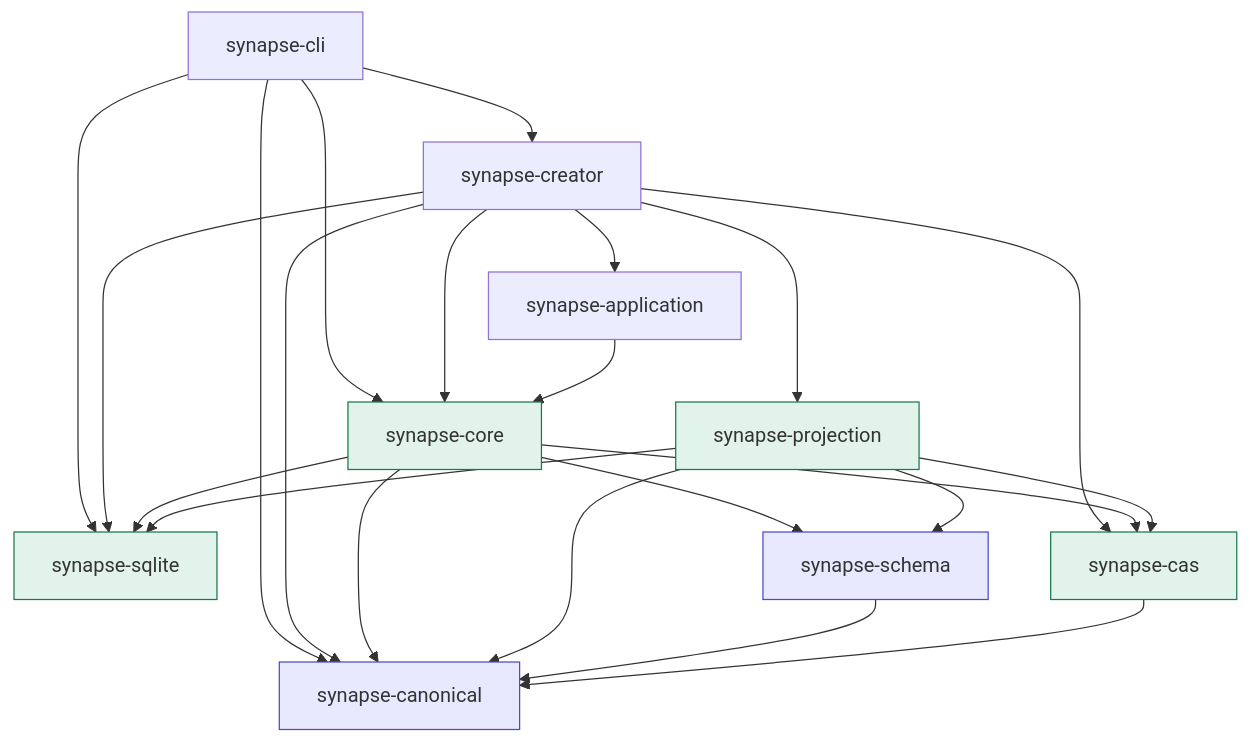
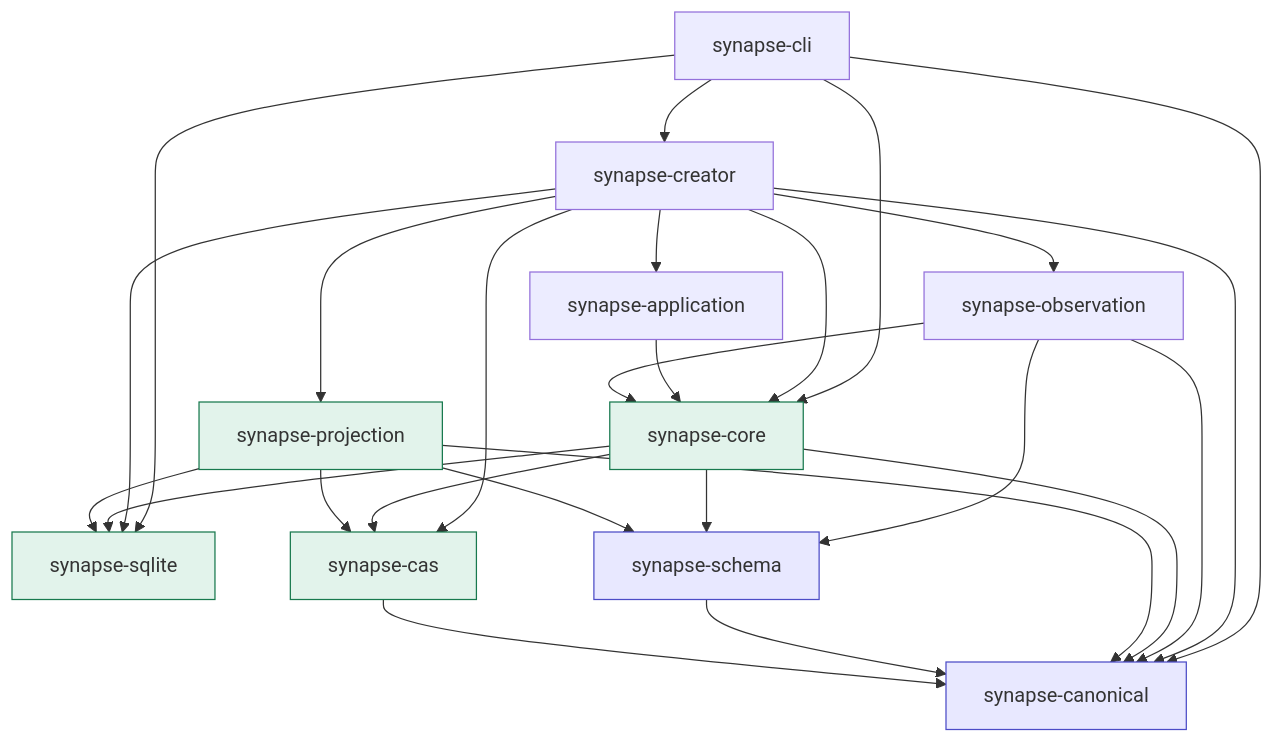
The diagram in CONTRIBUTING.md (howlrs/synapsegit), drawn with Mermaid before and after one commit. The commit also changed other lines of this file and 16 other files, not shown here.

````diff
--- a/CONTRIBUTING.md
+++ b/CONTRIBUTING.md
@@ -34,29 +34,33 @@
 ```mermaid
 flowchart TB
     CLI[synapse-cli] --> Core[synapse-core]
     CLI --> Canon[synapse-canonical]
     CLI --> SQLite[synapse-sqlite]
     CLI --> Creator[synapse-creator]
     Creator --> Application
     Creator --> Core
+    Creator --> Observation
     Creator --> Projection
     Creator --> CAS
     Creator --> SQLite
     Creator --> Canon
     Application[synapse-application] --> Core
+    Observation[synapse-observation] --> Core
+    Observation --> Schema
+    Observation --> Canon
     Core --> Schema[synapse-schema]
     Core --> CAS[synapse-cas]
     Core --> SQLite
     Core --> Canon
     Projection[synapse-projection] --> CAS
     Projection --> SQLite
     Projection --> Schema
     Projection --> Canon
     Schema --> Canon
     CAS --> Canon
 
     classDef identity fill:#e8e8ff,stroke:#4c4cc7;
     classDef storage fill:#e2f3eb,stroke:#18794e;
     class Canon,Schema identity;
     class CAS,SQLite,Core,Projection storage;
 ```
````
